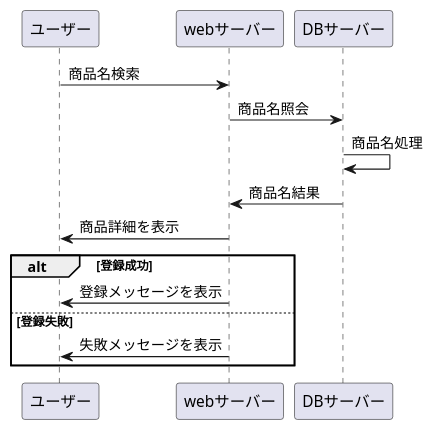
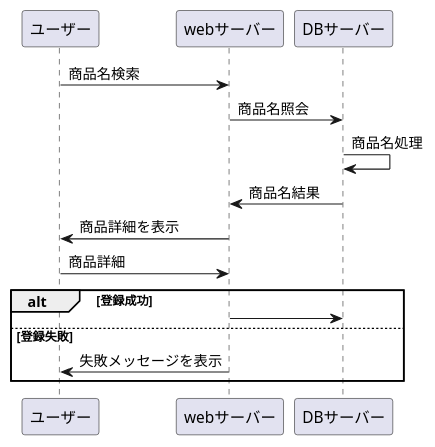
The diagram in syouhinnitirann.md (Aso2001403/2021sys-design), drawn with PlantUML before and after one commit.

````diff
--- a/syouhinnitirann.md
+++ b/syouhinnitirann.md
@@ -1,17 +1,17 @@
 ```uml
 @startuml
 
 
 ユーザー -> webサーバー : 商品名検索
 webサーバー -> DBサーバー : 商品名照会
 DBサーバー -> DBサーバー : 商品名処理
 DBサーバー -> webサーバー : 商品名結果
 webサーバー -> ユーザー : 商品詳細を表示
-
+ユーザー -> webサーバー : 商品詳細
 alt 登録成功
- webサーバー -> ユーザー : 登録メッセージを表示
+ webサーバー -> DBサーバー : 
  else 登録失敗
  webサーバー -> ユーザー : 失敗メッセージを表示
  end
 @enduml
 ```
````
